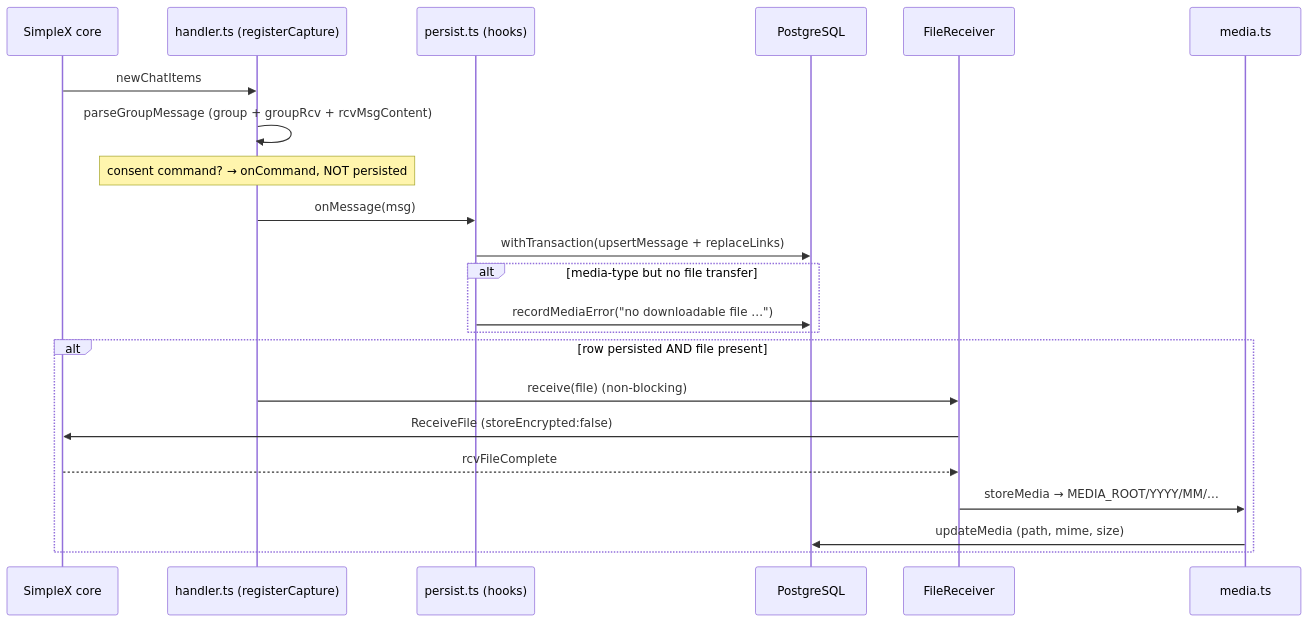
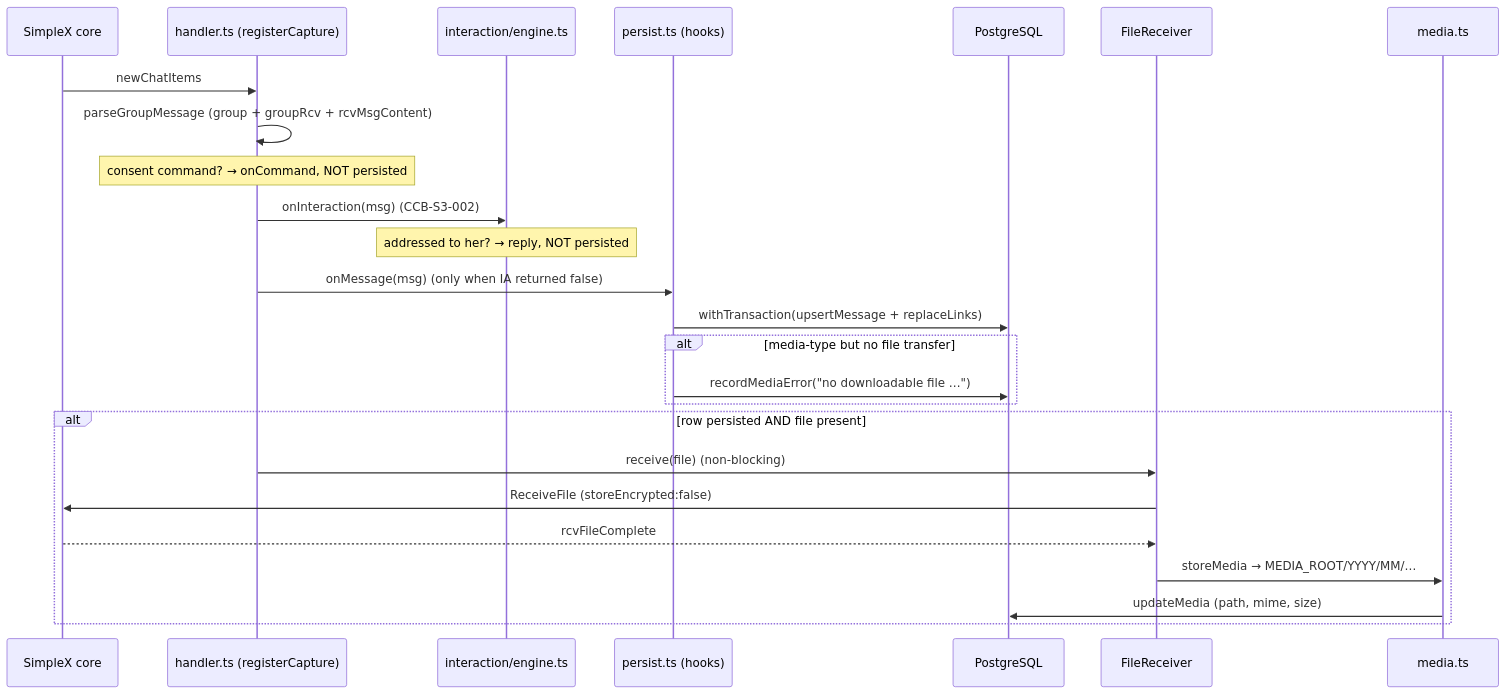
One commit to saschadaemgen/cinderella changed the second of 2 diagrams in docs/architecture.md. Above: the diagram before and after it, drawn with Mermaid. The commit also changed other lines of this file and 29 other files, not shown here.

````diff
--- a/docs/architecture.md
+++ b/docs/architecture.md
@@ -53,25 +53,28 @@
 ```mermaid
 sequenceDiagram
   participant Core as SimpleX core
   participant H as handler.ts (registerCapture)
+  participant IA as interaction/engine.ts
   participant P as persist.ts (hooks)
   participant PG as PostgreSQL
   participant FR as FileReceiver
   participant M as media.ts
 
   Core->>H: newChatItems
   H->>H: parseGroupMessage (group + groupRcv + rcvMsgContent)
   Note over H: consent command? → onCommand, NOT persisted
-  H->>P: onMessage(msg)
+  H->>IA: onInteraction(msg)   (CCB-S3-002)
+  Note over IA: addressed to her? → reply, NOT persisted
+  H->>P: onMessage(msg)  (only when IA returned false)
   P->>PG: withTransaction(upsertMessage + replaceLinks)
   alt media-type but no file transfer
     P->>PG: recordMediaError("no downloadable file …")
   end
   alt row persisted AND file present
     H->>FR: receive(file)  (non-blocking)
     FR->>Core: ReceiveFile (storeEncrypted:false)
     Core-->>FR: rcvFileComplete
     FR->>M: storeMedia → MEDIA_ROOT/YYYY/MM/…
     M->>PG: updateMedia (path, mime, size)
   end
 ```
````
